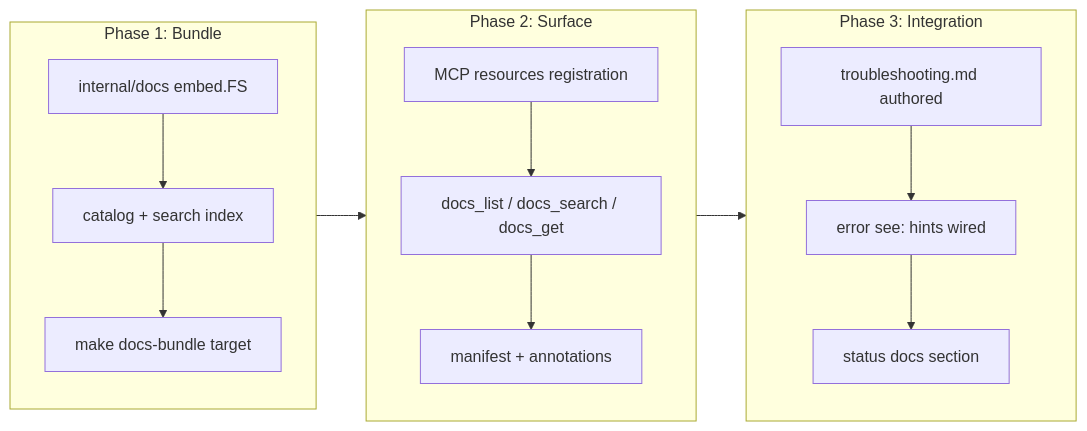
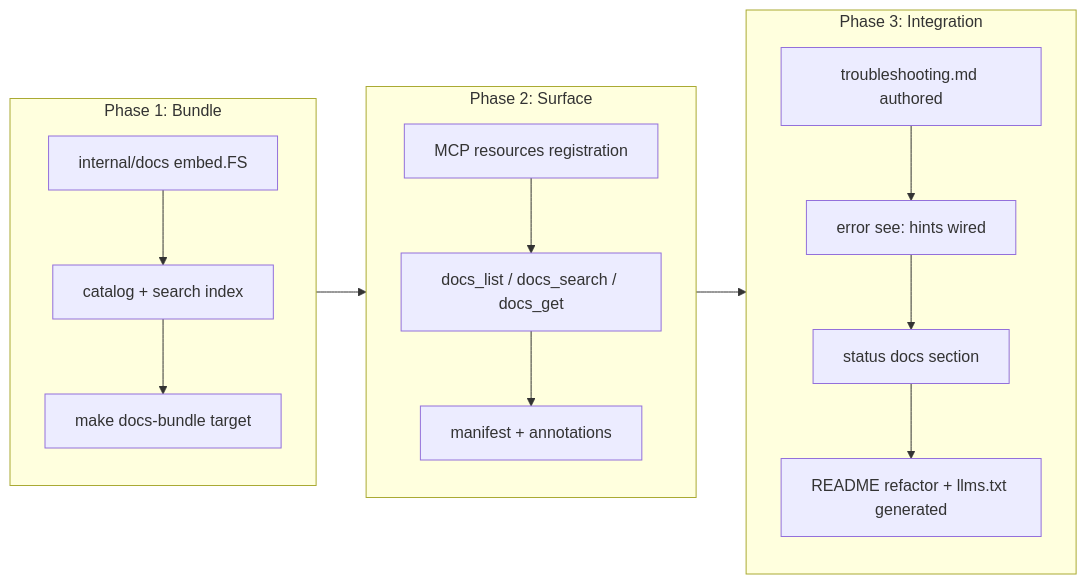
Before and after one commit to desek/outlook-local-mcp: the third of 3 diagrams in docs/cr/CR-0061-in-server-documentation-access-for-llm-self-troubleshooting.md, drawn with Mermaid. The commit also changed other lines of this file, not shown here.

First line of the commit message:
checkpoint(CR-0061): require human-first README refactor and llms.txt at repo root

````diff
--- a/docs/cr/CR-0061-in-server-documentation-access-for-llm-self-troubleshooting.md
+++ b/docs/cr/CR-0061-in-server-documentation-access-for-llm-self-troubleshooting.md
@@ -175,16 +190,17 @@
 ```mermaid
 flowchart LR
     subgraph P1[Phase 1: Bundle]
         A1[internal/docs embed.FS] --> A2[catalog + search index]
         A2 --> A3[make docs-bundle target]
     end
     subgraph P2[Phase 2: Surface]
         B1[MCP resources registration] --> B2[docs_list / docs_search / docs_get]
         B2 --> B3[manifest + annotations]
     end
     subgraph P3[Phase 3: Integration]
         C1[troubleshooting.md authored] --> C2[error see: hints wired]
         C2 --> C3[status docs section]
+        C3 --> C4[README refactor + llms.txt generated]
     end
     P1 --> P2 --> P3
 ```
````
